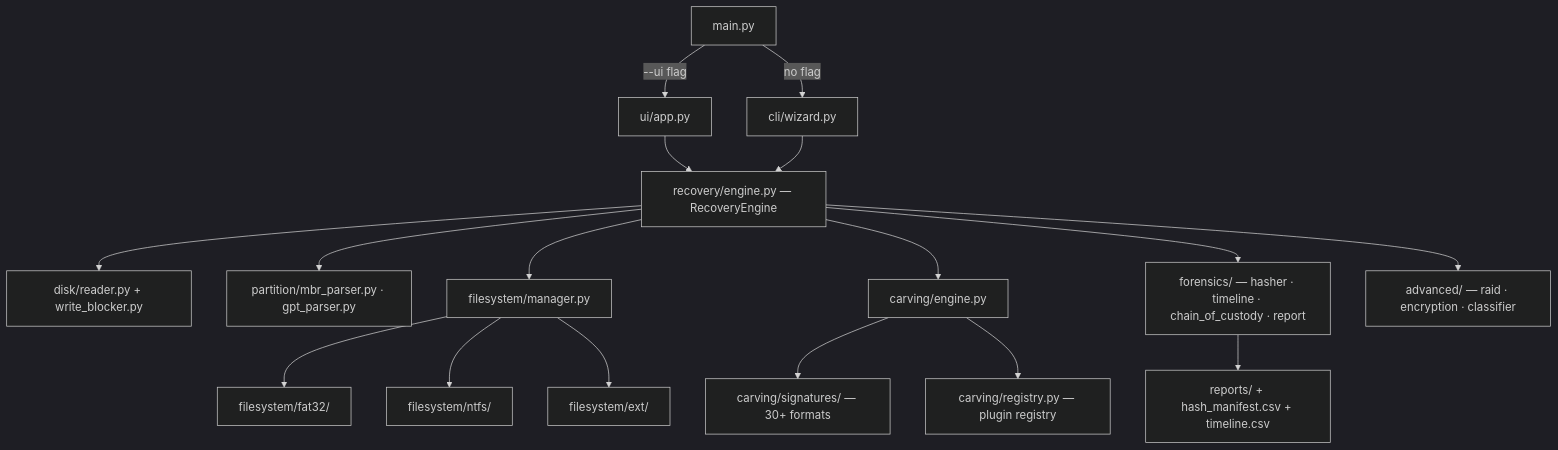
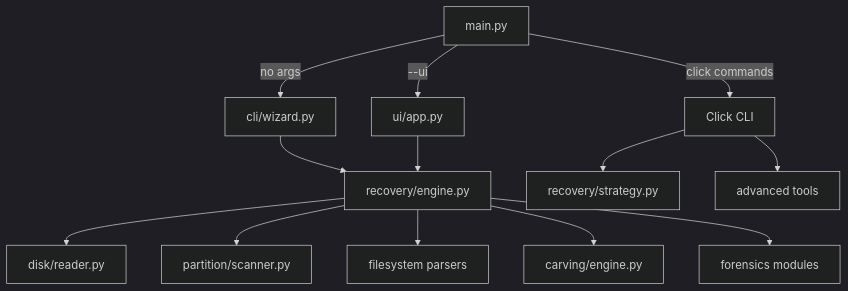
Before and after one commit to hamrechachavidhhayak-pixelSK3/recRead: the diagram in README.md, drawn with Mermaid (dark theme). The commit also changed other lines of this file, not shown here.

````diff
--- a/README.md
+++ b/README.md
@@ -374,19 +167,18 @@
 ```mermaid
 flowchart TD
-    A[main.py] -->|--ui flag| B[ui/app.py]
-    A -->|no flag| C[cli/wizard.py]
-    B --> D[recovery/engine.py — RecoveryEngine]
-    C --> D
-    D --> E[disk/reader.py + write_blocker.py]
-    D --> F[partition/mbr_parser.py · gpt_parser.py]
-    D --> G[filesystem/manager.py]
-    G --> H[filesystem/fat32/]
-    G --> I[filesystem/ntfs/]
-    G --> J[filesystem/ext/]
-    D --> K[carving/engine.py]
-    K --> L[carving/signatures/ — 30+ formats]
-    K --> M[carving/registry.py — plugin registry]
-    D --> N[forensics/ — hasher · timeline · chain_of_custody · report]
-    D --> O[advanced/ — raid · encryption · classifier]
-    N --> P[reports/ + hash_manifest.csv + timeline.csv]
+    A[main.py] -->|no args| B[cli/wizard.py]
+    A -->|--ui| C[ui/app.py]
+    A -->|click commands| D[Click CLI]
+
+    B --> E[recovery/engine.py]
+    C --> E
+    D --> F[recovery/strategy.py]
+
+    E --> G[disk/reader.py]
+    E --> H[partition/scanner.py]
+    E --> I[filesystem parsers]
+    E --> J[carving/engine.py]
+    E --> K[forensics modules]
+
+    D --> L[advanced tools]
 ```
````
